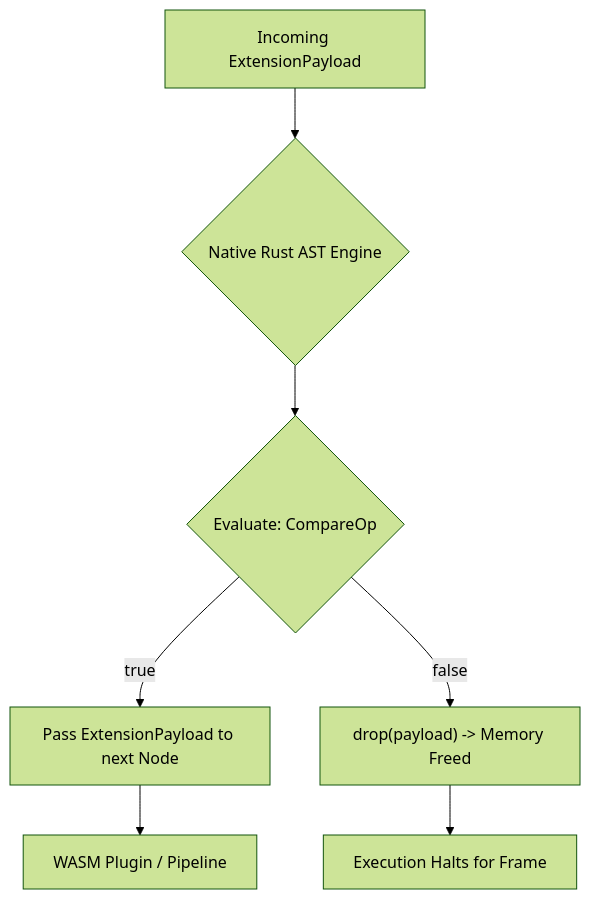
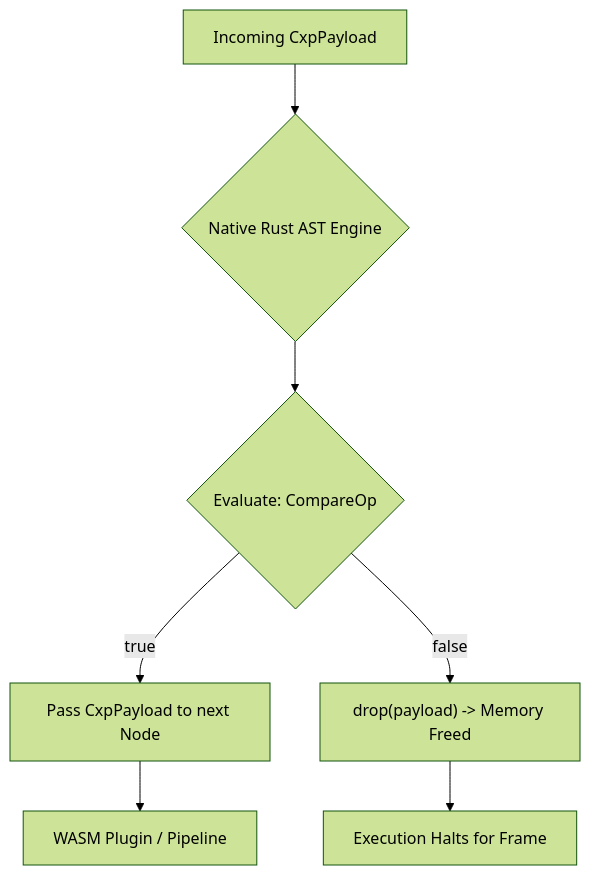
Before and after one commit to ayan-kushwaha/Cluaiz-: the diagram in docs/cel/tutorials/filter.md, drawn with Mermaid (forest theme). The commit also changed 109 other files, not shown here.

````diff
--- a/docs/cel/tutorials/filter.md
+++ b/docs/cel/tutorials/filter.md
@@ -31,12 +31,12 @@
 ```mermaid
 flowchart TD
-    A["Incoming ExtensionPayload"] --> B{"Native Rust AST Engine"}
+    A["Incoming CxpPayload"] --> B{"Native Rust AST Engine"}
     
     B --> C{"Evaluate: CompareOp"}
     
-    C -->|true| D["Pass ExtensionPayload to next Node"]
+    C -->|true| D["Pass CxpPayload to next Node"]
     C -->|false| E["drop(payload) -> Memory Freed"]
     
     D --> F["WASM Plugin / Pipeline"]
     E --> G["Execution Halts for Frame"]
 ```
````
